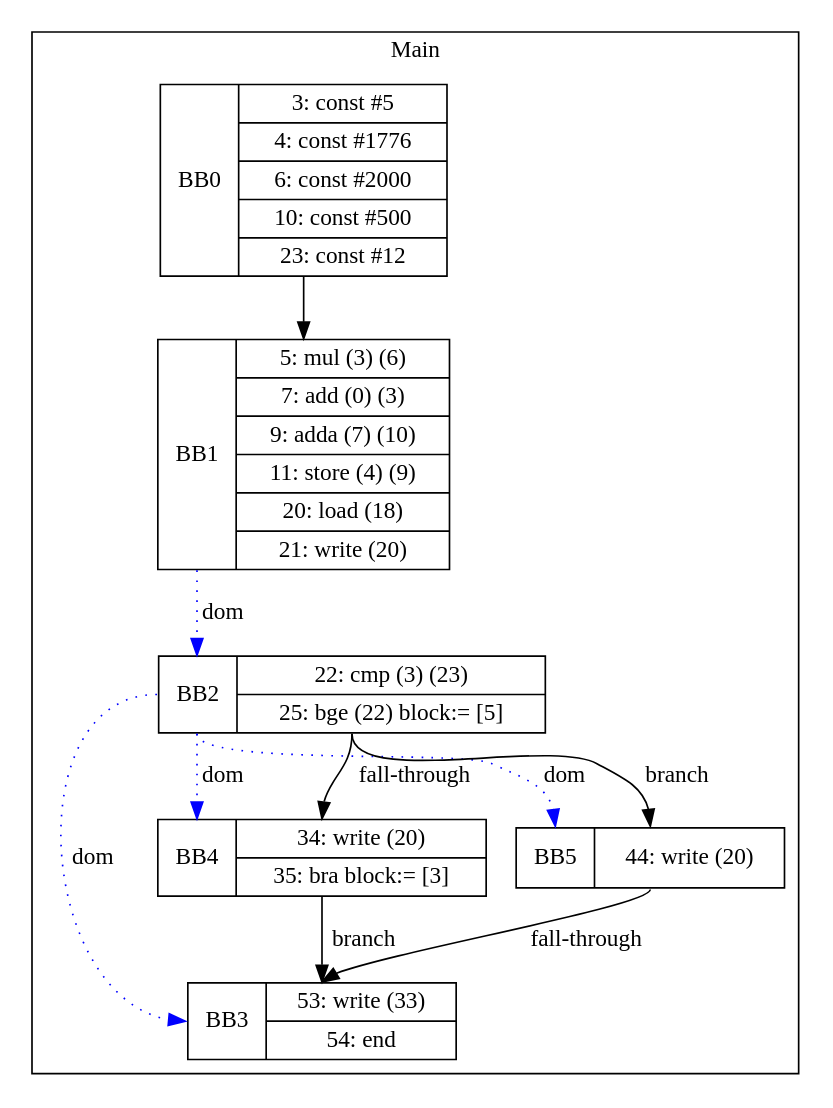
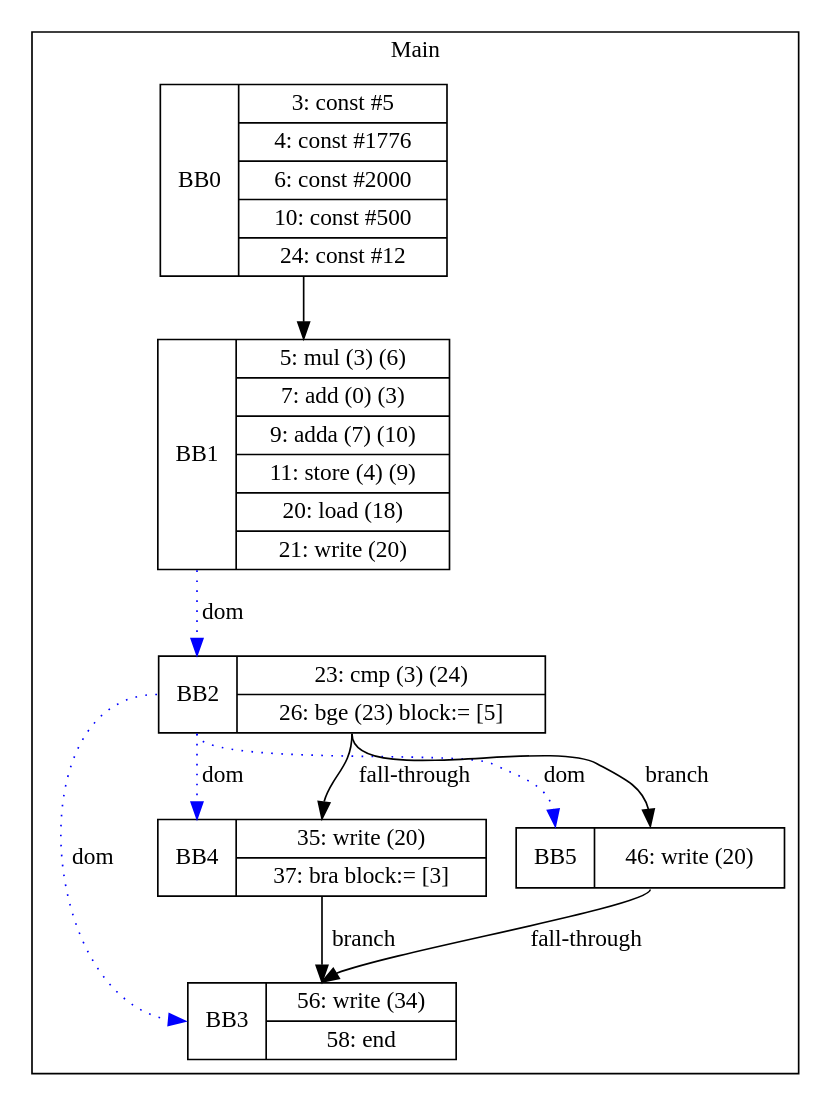
One commit to zjc664656505/UCI-CS241-Advanced-Compiler-main changed the diagram in visualization/jmcgowa/CSE_Tests/IF_ELSE_NO_WRITE.gv. Above: the diagram before and after it, drawn with Graphviz. The commit also changed 55 other files, not shown here.

```diff
--- a/visualization/jmcgowa/CSE_Tests/IF_ELSE_NO_WRITE.gv
+++ b/visualization/jmcgowa/CSE_Tests/IF_ELSE_NO_WRITE.gv
@@ -1,21 +1,21 @@
 digraph G {
 node [shape=record];
 subgraph cluster_main{
 label = "Main";
-BB0 [shape=record, label="<b>BB0|{3: const #5|4: const #1776|6: const #2000|10: const #500|23: const #12}"];
+BB0 [shape=record, label="<b>BB0|{3: const #5|4: const #1776|6: const #2000|10: const #500|24: const #12}"];
 BB1 [shape=record, label="<b>BB1|{5: mul (3) (6)|7: add (0) (3)|9: adda (7) (10)|11: store (4) (9)|20: load (18)|21: write (20)}"];
-BB2 [shape=record, label="<b>BB2|{22: cmp (3) (23)|25: bge (22) block:= [5]}"];
-BB3 [shape=record, label="<b>BB3|{53: write (33)|54: end}"];
-BB4 [shape=record, label="<b>BB4|{34: write (20)|35: bra block:= [3]}"];
-BB5 [shape=record, label="<b>BB5|{44: write (20)}"];
+BB2 [shape=record, label="<b>BB2|{23: cmp (3) (24)|26: bge (23) block:= [5]}"];
+BB3 [shape=record, label="<b>BB3|{56: write (34)|58: end}"];
+BB4 [shape=record, label="<b>BB4|{35: write (20)|37: bra block:= [3]}"];
+BB5 [shape=record, label="<b>BB5|{46: write (20)}"];
 }
 BB0:s -> BB1:n ;
 BB2:b -> BB3:b [color=blue, style=dotted, label="dom"];
 BB2:b -> BB4:b [color=blue, style=dotted, label="dom"];
 BB1:b -> BB2:b [color=blue, style=dotted, label="dom"];
 BB2:b -> BB5:b [color=blue, style=dotted, label="dom"];
 BB2:s -> BB5:n [label="branch"];
 BB4:s -> BB3:n [label="branch"];
 BB5:s -> BB3:n [label="fall-through"];
 BB2:s -> BB4:n [label="fall-through"];
 }
```
